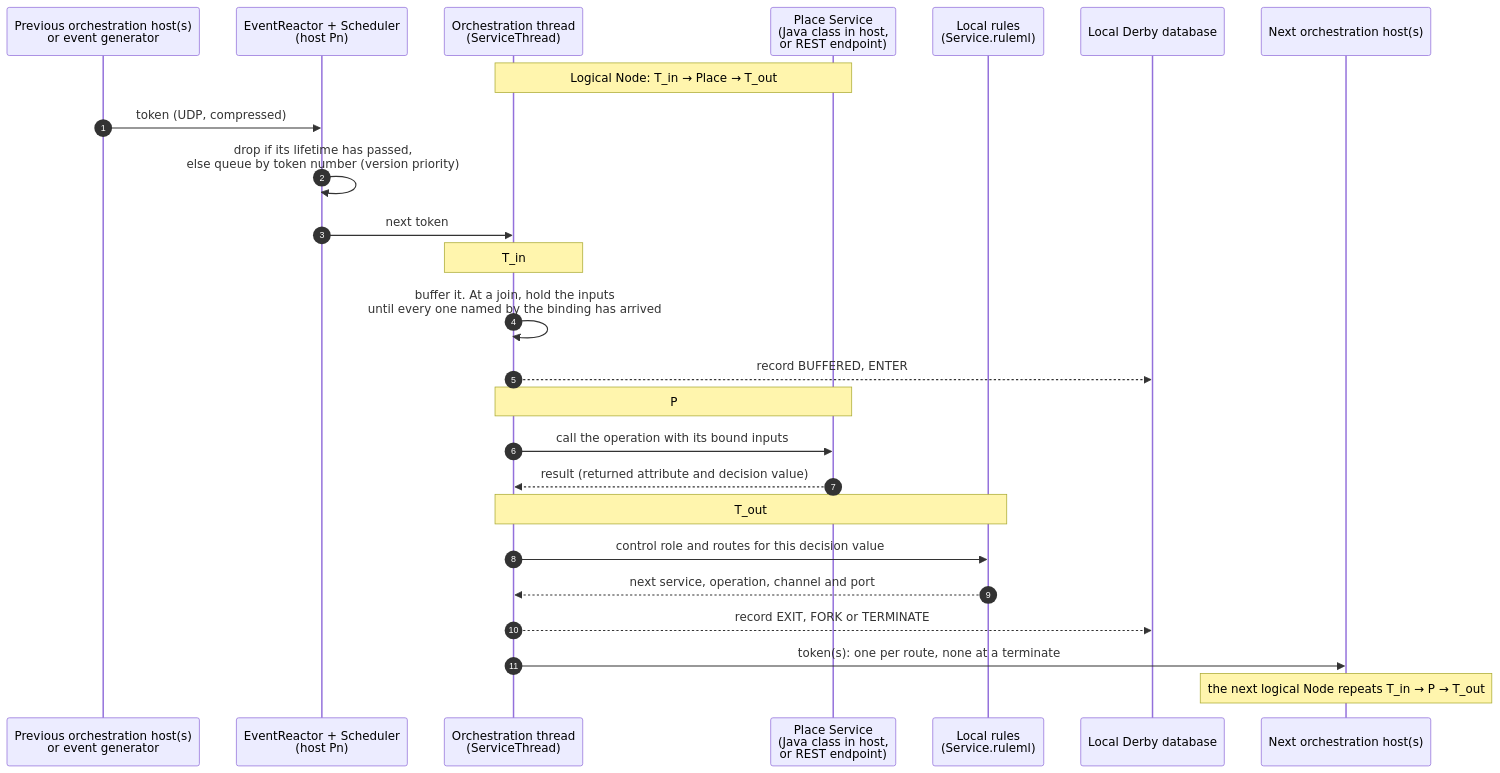
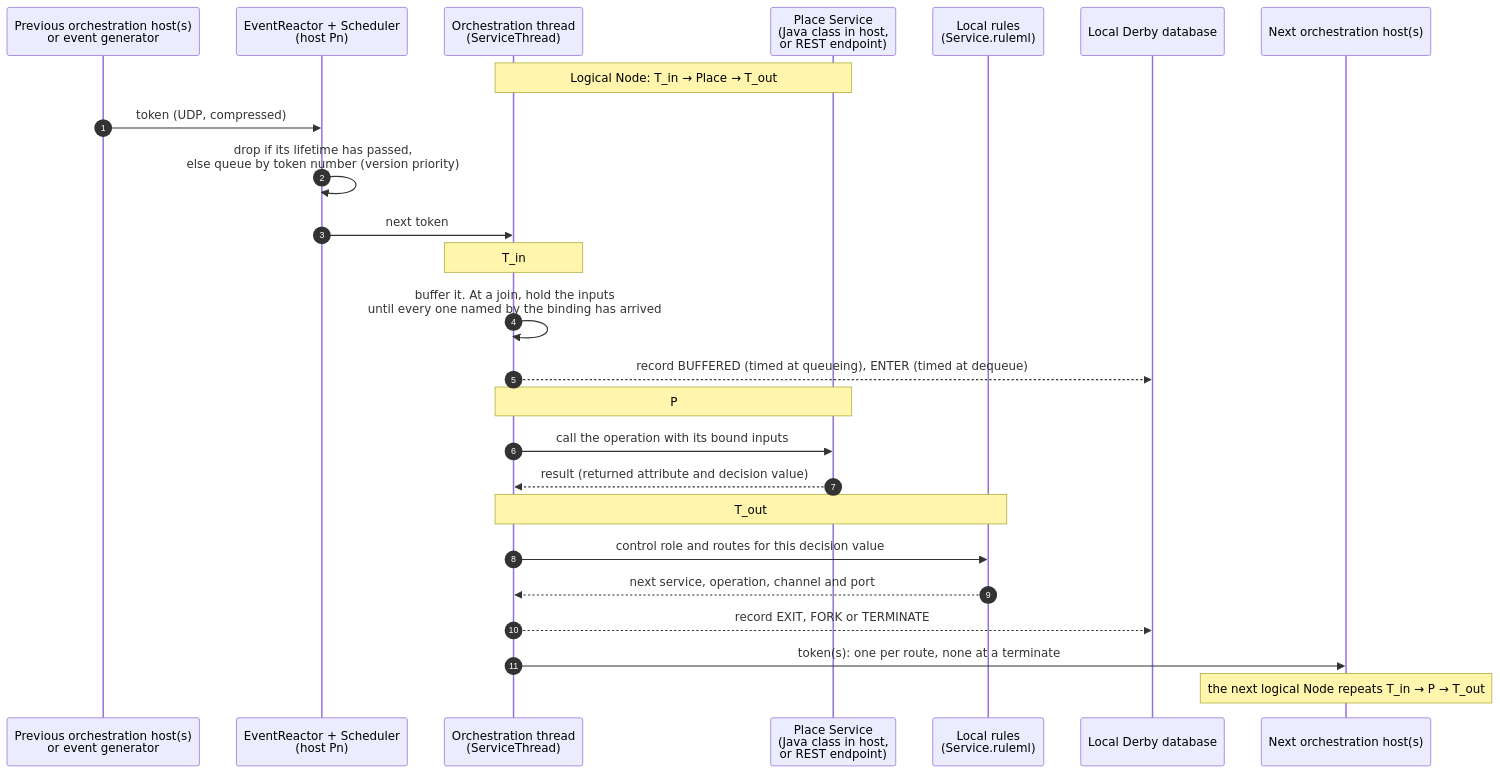
One commit to AlexanderAdelAU/Rule-Propagated-Service-Orchestration changed the fifth of 5 diagrams in Architecture.md. Above: the diagram before and after it, drawn with Mermaid. The commit also changed other lines of this file and 8 other files, not shown here.

````diff
--- a/Architecture.md
+++ b/Architecture.md
@@ -242,27 +244,27 @@
 ```mermaid
 sequenceDiagram
     autonumber
     participant PREV as Previous orchestration host(s)<br/>or event generator
     participant Q as EventReactor + Scheduler<br/>(host Pn)
     participant T as Orchestration thread<br/>(ServiceThread)
     participant S as Place Service<br/>(Java class in host,<br/>or REST endpoint)
     participant R as Local rules<br/>(Service.ruleml)
     participant DB as Local Derby database
     participant NEXT as Next orchestration host(s)
     Note over T,S: Logical Node: T_in → Place → T_out
     PREV->>Q: token (UDP, compressed)
     Q->>Q: drop if its lifetime has passed,<br/>else queue by token number (version priority)
     Q->>T: next token
     Note over T: T_in
     T->>T: buffer it. At a join, hold the inputs<br/>until every one named by the binding has arrived
-    T-->>DB: record BUFFERED, ENTER
+    T-->>DB: record BUFFERED (timed at queueing), ENTER (timed at dequeue)
     Note over T,S: P
     T->>S: call the operation with its bound inputs
     S-->>T: result (returned attribute and decision value)
     Note over T,R: T_out
     T->>R: control role and routes for this decision value
     R-->>T: next service, operation, channel and port
     T-->>DB: record EXIT, FORK or TERMINATE
     T->>NEXT: token(s): one per route, none at a terminate
     Note over NEXT: the next logical Node repeats T_in → P → T_out
 ```
````
